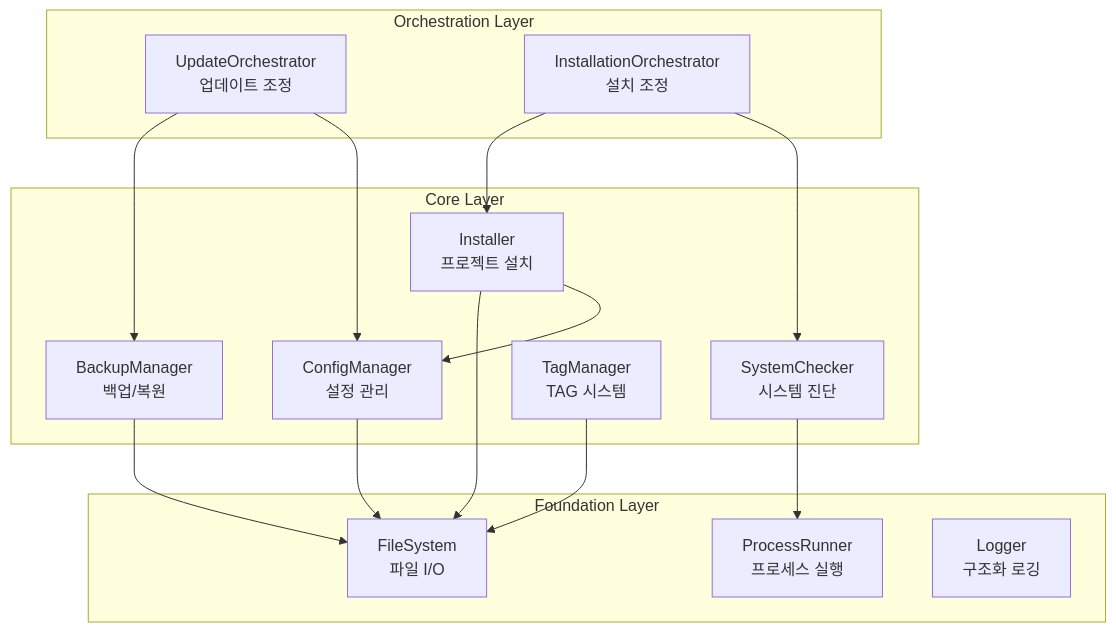
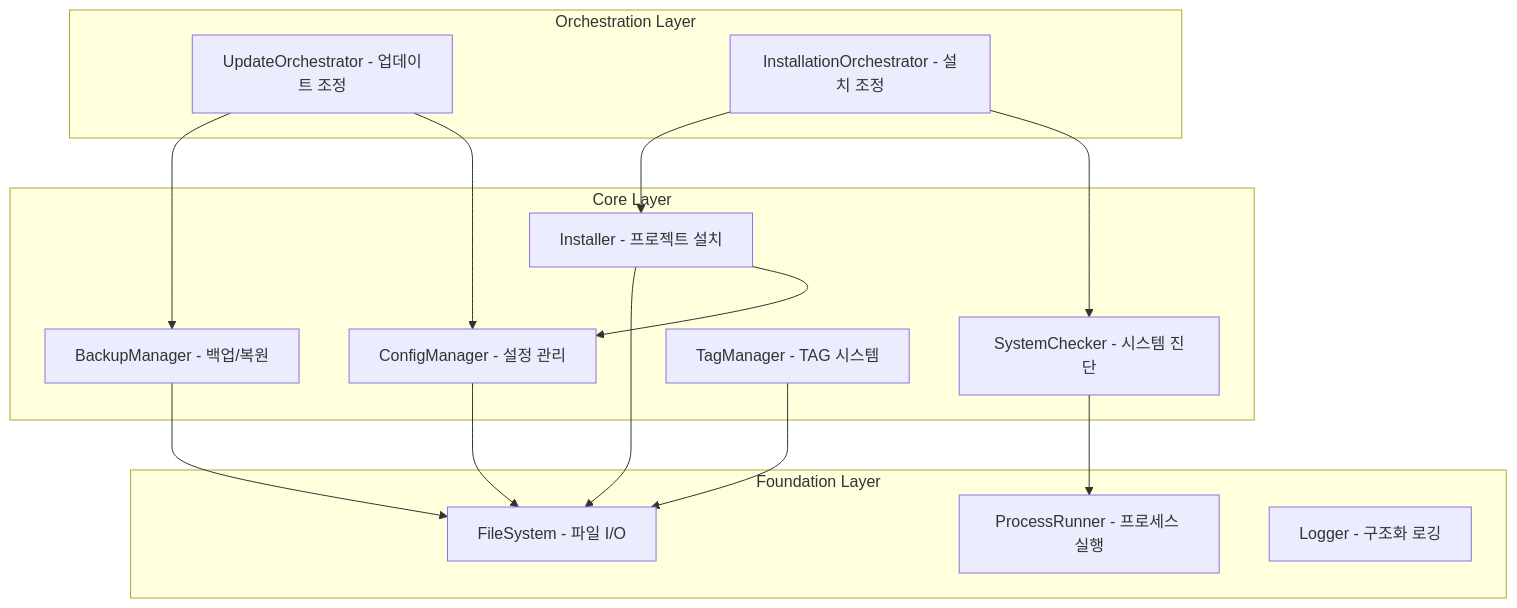
The first of 9 diagrams in docs/reference/core-modules.md (modu-ai/moai-adk), drawn with Mermaid before and after one commit. The commit also changed other lines of this file and 447 other files, not shown here.

````diff
--- a/docs/reference/core-modules.md
+++ b/docs/reference/core-modules.md
@@ -30,34 +30,34 @@
 ```mermaid
 graph TB
-    subgraph "Orchestration Layer"
-        UpdateOrchestrator[UpdateOrchestrator<br/>업데이트 조정]
-        InstallationOrchestrator[InstallationOrchestrator<br/>설치 조정]
+    subgraph OrchestrationLayer[Orchestration Layer]
+        UpdateOrchestrator[UpdateOrchestrator - 업데이트 조정]
+        InstallationOrchestrator[InstallationOrchestrator - 설치 조정]
     end
 
-    subgraph "Core Layer"
-        Installer[Installer<br/>프로젝트 설치]
-        SystemChecker[SystemChecker<br/>시스템 진단]
-        ConfigManager[ConfigManager<br/>설정 관리]
-        BackupManager[BackupManager<br/>백업/복원]
-        TagManager[TagManager<br/>TAG 시스템]
+    subgraph CoreLayer[Core Layer]
+        Installer[Installer - 프로젝트 설치]
+        SystemChecker[SystemChecker - 시스템 진단]
+        ConfigManager[ConfigManager - 설정 관리]
+        BackupManager[BackupManager - 백업/복원]
+        TagManager[TagManager - TAG 시스템]
     end
 
-    subgraph "Foundation Layer"
-        FileSystem[FileSystem<br/>파일 I/O]
-        ProcessRunner[ProcessRunner<br/>프로세스 실행]
-        Logger[Logger<br/>구조화 로깅]
+    subgraph FoundationLayer[Foundation Layer]
+        FileSystem[FileSystem - 파일 I/O]
+        ProcessRunner[ProcessRunner - 프로세스 실행]
+        Logger[Logger - 구조화 로깅]
     end
 
     UpdateOrchestrator --> BackupManager
     UpdateOrchestrator --> ConfigManager
     InstallationOrchestrator --> Installer
     InstallationOrchestrator --> SystemChecker
 
     Installer --> FileSystem
     Installer --> ConfigManager
     SystemChecker --> ProcessRunner
     BackupManager --> FileSystem
     ConfigManager --> FileSystem
     TagManager --> FileSystem
 
 ```
````
